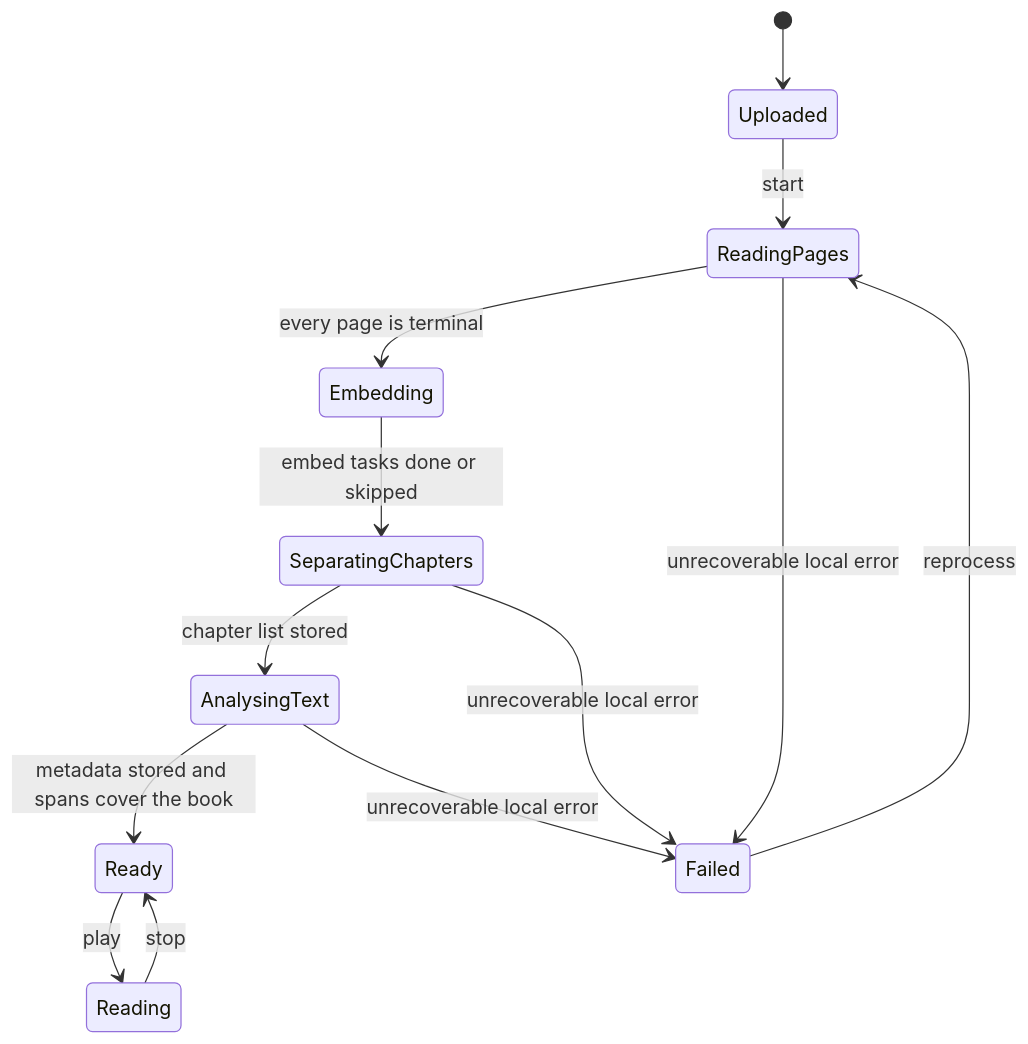
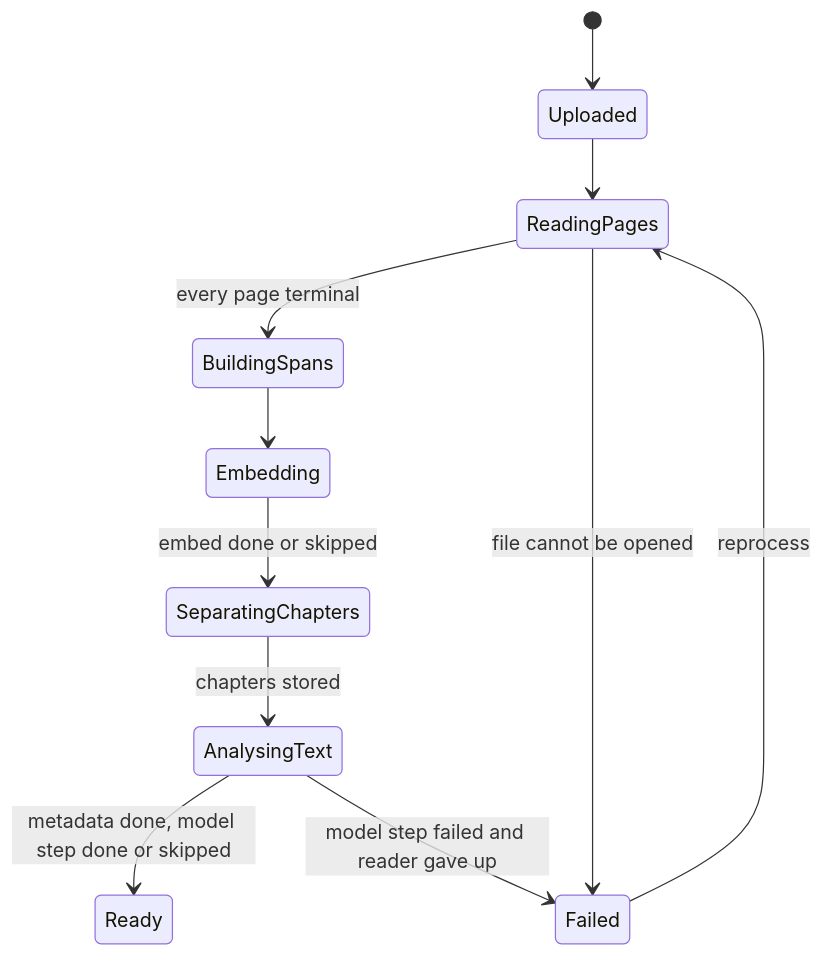
One commit to manishsharma004/open-book-reader changed the third of 6 diagrams in specs/discussion/DESIGN.md. Above: the diagram before and after it, drawn with Mermaid. The commit also changed other lines of this file and 6 other files, not shown here.

````diff
--- a/specs/discussion/DESIGN.md
+++ b/specs/discussion/DESIGN.md
@@ -326,15 +256,13 @@
 ```mermaid
 stateDiagram-v2
   [*] --> Uploaded
-  Uploaded --> ReadingPages: start
-  ReadingPages --> Embedding: every page is terminal
-  Embedding --> SeparatingChapters: embed tasks done or skipped
-  SeparatingChapters --> AnalysingText: chapter list stored
-  AnalysingText --> Ready: metadata stored and spans cover the book
-  ReadingPages --> Failed: unrecoverable local error
-  SeparatingChapters --> Failed: unrecoverable local error
-  AnalysingText --> Failed: unrecoverable local error
+  Uploaded --> ReadingPages
+  ReadingPages --> BuildingSpans: every page terminal
+  BuildingSpans --> Embedding
+  Embedding --> SeparatingChapters: embed done or skipped
+  SeparatingChapters --> AnalysingText: chapters stored
+  AnalysingText --> Ready: metadata done, model step done or skipped
+  ReadingPages --> Failed: file cannot be opened
+  AnalysingText --> Failed: model step failed and reader gave up
   Failed --> ReadingPages: reprocess
-  Ready --> Reading: play
-  Reading --> Ready: stop
 ```
````
